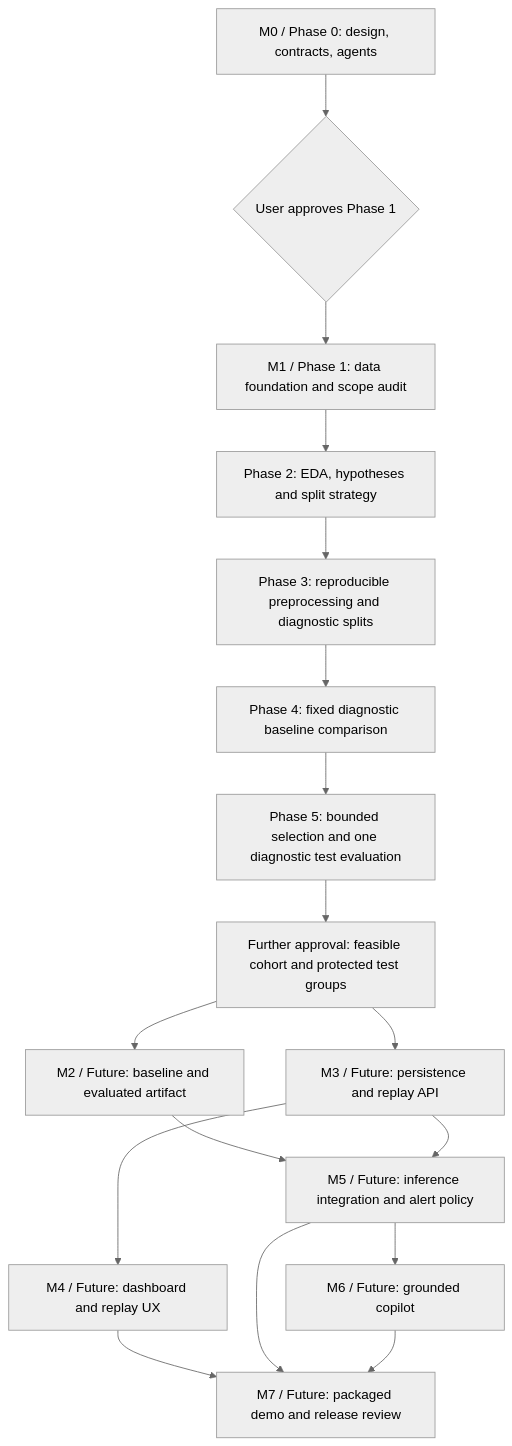
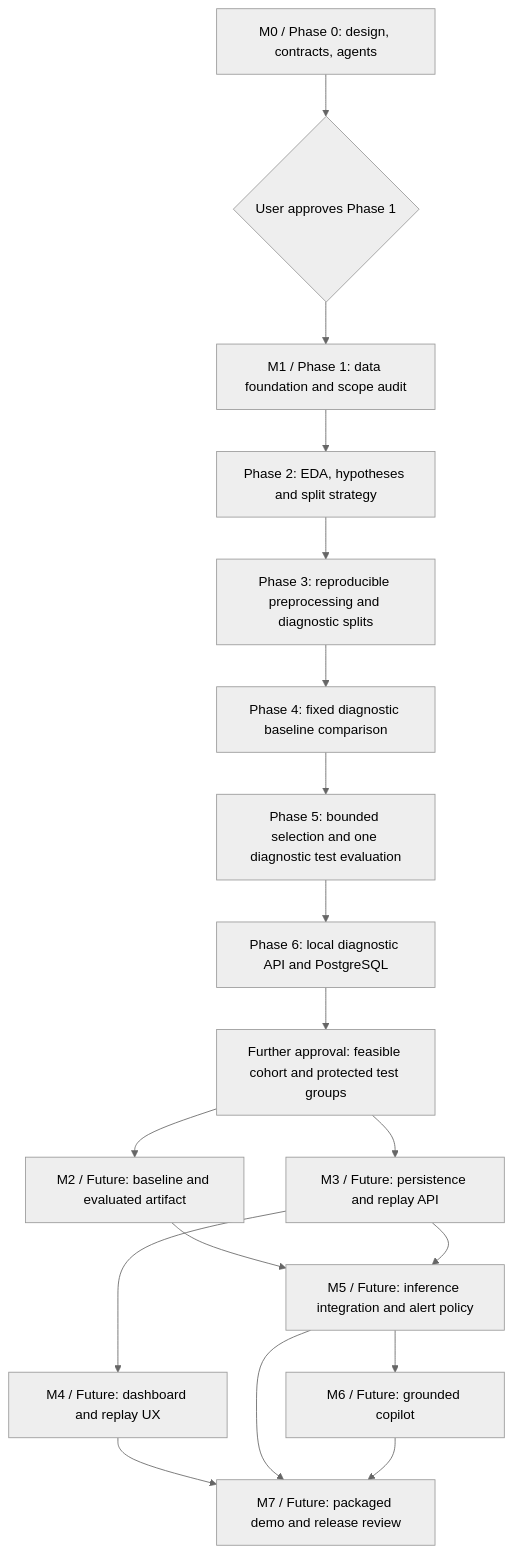
Before and after one commit to MereyIssenbay/oilwell-ai: the diagram in docs/ROADMAP.md, drawn with Mermaid (neutral theme). The commit also changed other lines of this file and 33 other files, not shown here.

````diff
--- a/docs/ROADMAP.md
+++ b/docs/ROADMAP.md
@@ -17,19 +17,20 @@
 ```mermaid
 flowchart TD
     M0["M0 / Phase 0: design, contracts, agents"] --> G1{"User approves Phase 1"}
     G1 --> M1["M1 / Phase 1: data foundation and scope audit"]
     M1 --> E2["Phase 2: EDA, hypotheses and split strategy"]
     E2 --> P3["Phase 3: reproducible preprocessing and diagnostic splits"]
     P3 --> B4["Phase 4: fixed diagnostic baseline comparison"]
     B4 --> E5["Phase 5: bounded selection and one diagnostic test evaluation"]
-    E5 --> COHORT["Further approval: feasible cohort and protected test groups"]
+    E5 --> B6["Phase 6: local diagnostic API and PostgreSQL"]
+    B6 --> COHORT["Further approval: feasible cohort and protected test groups"]
     COHORT --> M2["M2 / Future: baseline and evaluated artifact"]
     COHORT --> M3["M3 / Future: persistence and replay API"]
     M3 --> M4["M4 / Future: dashboard and replay UX"]
     M2 --> M5["M5 / Future: inference integration and alert policy"]
     M3 --> M5
     M5 --> M6["M6 / Future: grounded copilot"]
     M4 --> M7["M7 / Future: packaged demo and release review"]
     M5 --> M7
     M6 --> M7
 ```
````
